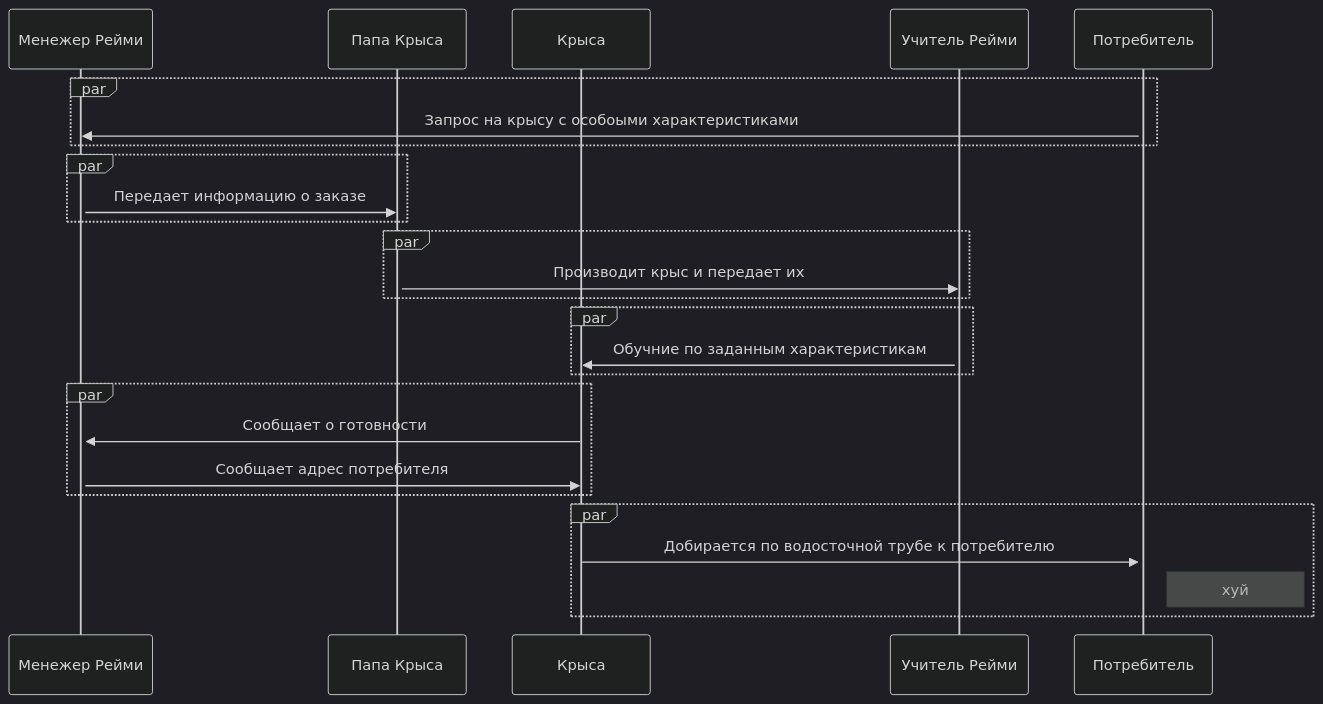
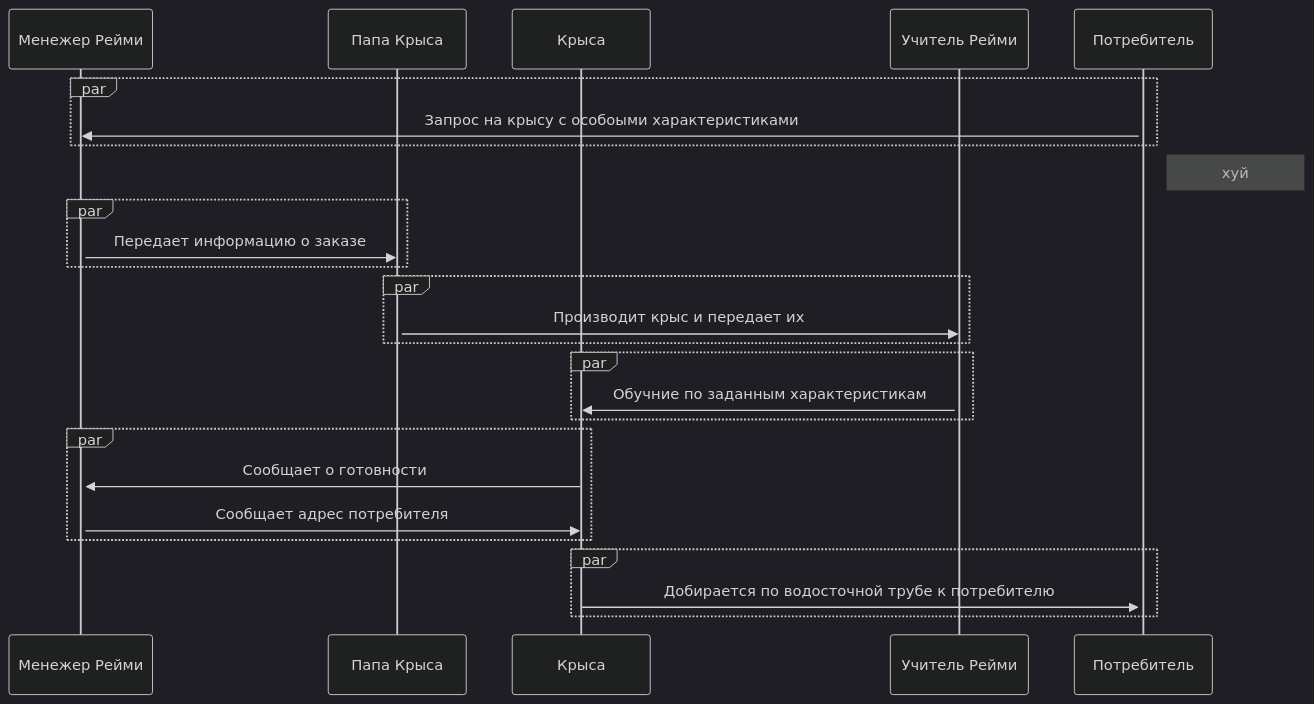
The diagram in README.md (VegaMethadone/Software-engineering-), drawn with Mermaid (dark theme) before and after one commit.

````diff
--- a/README.md
+++ b/README.md
@@ -13,35 +13,35 @@
 ```mermaid
 sequenceDiagram
     participant МР as Менежер Рейми
     participant ПК as Папа Крыса
     participant К as Крыса
     participant Р as Учитель Рейми
     participant П as Потребитель
     activate П
     par
         П->>МР: Запрос на крысу с особоыми характеристиками 
     end
+    note right of П: хуй
     activate МР
     par
         МР->>ПК:Передает информацию о заказе
     end
     activate ПК
     par
         ПК->>Р: Производит крыс и передает их
     end
     activate Р
     par 
         Р->>К:Обучние по заданным характеристикам
     end
     par
         К->>МР:Сообщает о готовности 
         МР->>К:Сообщает адрес потребителя
     end
     par
         К->>П: Добирается по водосточной трубе к потребителю
-        note right of П: хуй
     end
     
     
     
 ```
````
